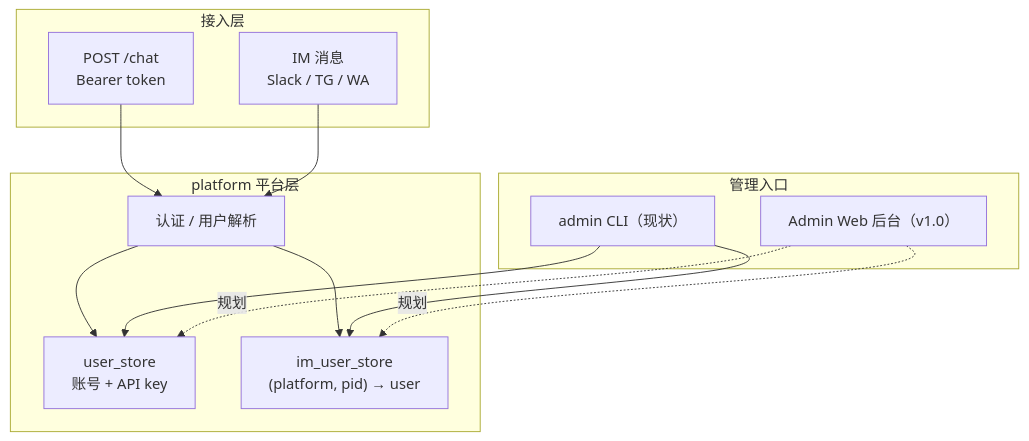
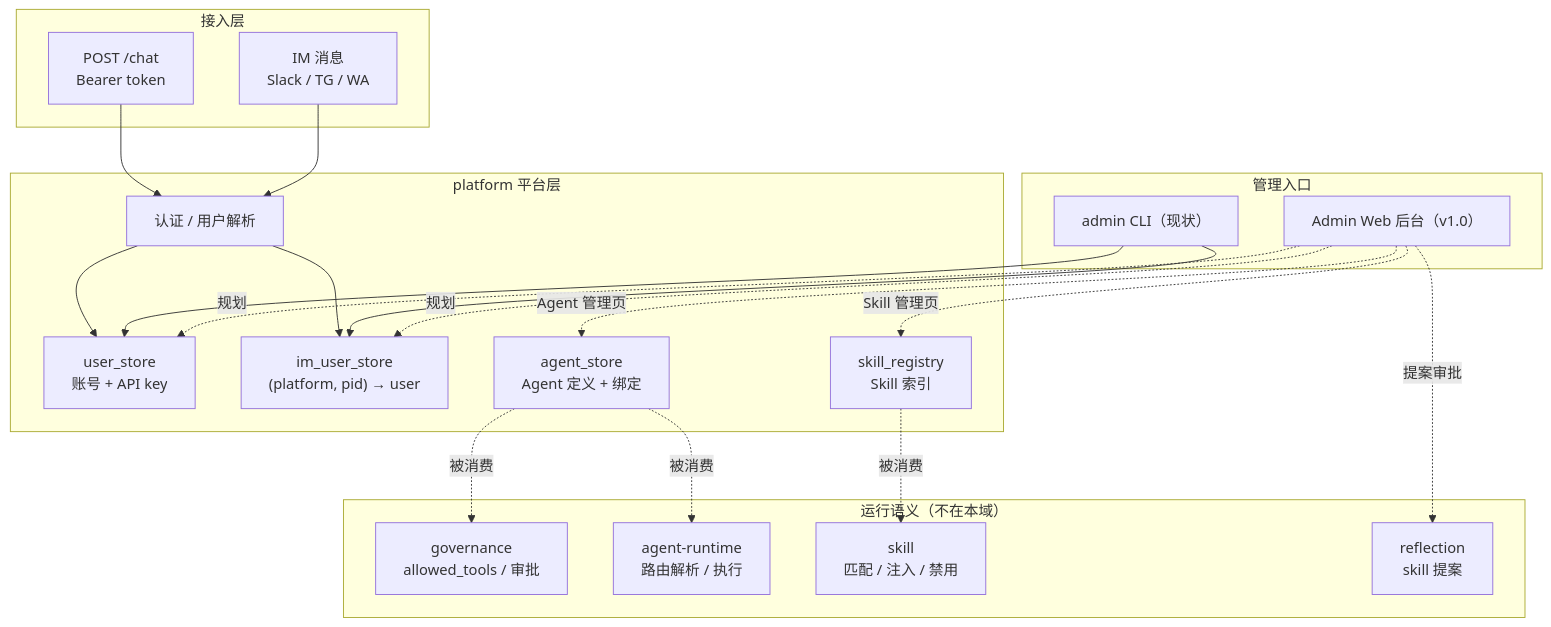
The first of 14 diagrams in docs/capabilities/platform.md (Summy2104/fleetent), drawn with Mermaid before and after one commit. The commit also changed other lines of this file and 9 other files, not shown here.

Commit message:
feat:platform add agent/obserbility/monitor/askit/skill management

````diff
--- a/docs/capabilities/platform.md
+++ b/docs/capabilities/platform.md
@@ -18,24 +19,38 @@
 ```mermaid
 flowchart TD
     subgraph 接入["接入层"]
         HTTP["POST /chat<br/>Bearer token"]
         IM["IM 消息<br/>Slack / TG / WA"]
     end
     subgraph PLAT["platform 平台层"]
         AUTH["认证 / 用户解析"]
         US["user_store<br/>账号 + API key"]
         IUS["im_user_store<br/>(platform, pid) → user"]
+        AS["agent_store<br/>Agent 定义 + 绑定"]
+        SK["skill_registry<br/>Skill 索引"]
     end
     subgraph MGMT["管理入口"]
         CLI["admin CLI（现状）"]
         UI["Admin Web 后台（v1.0）"]
+    end
+    subgraph RT["运行语义（不在本域）"]
+        GOV["governance<br/>allowed_tools / 审批"]
+        ART["agent-runtime<br/>路由解析 / 执行"]
+        SKR["skill<br/>匹配 / 注入 / 禁用"]
+        REF["reflection<br/>skill 提案"]
     end
     HTTP --> AUTH
     IM --> AUTH
     AUTH --> US
     AUTH --> IUS
     CLI --> US
     CLI --> IUS
     UI -.规划.-> US
     UI -.规划.-> IUS
+    UI -.Agent 管理页.-> AS
+    UI -.Skill 管理页.-> SK
+    UI -.提案审批.-> REF
+    AS -.被消费.-> GOV
+    AS -.被消费.-> ART
+    SK -.被消费.-> SKR
 ```
````
